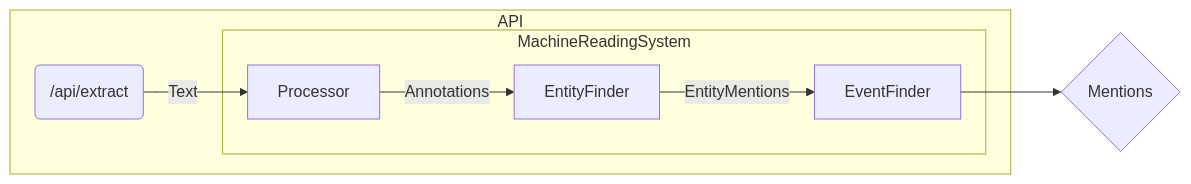
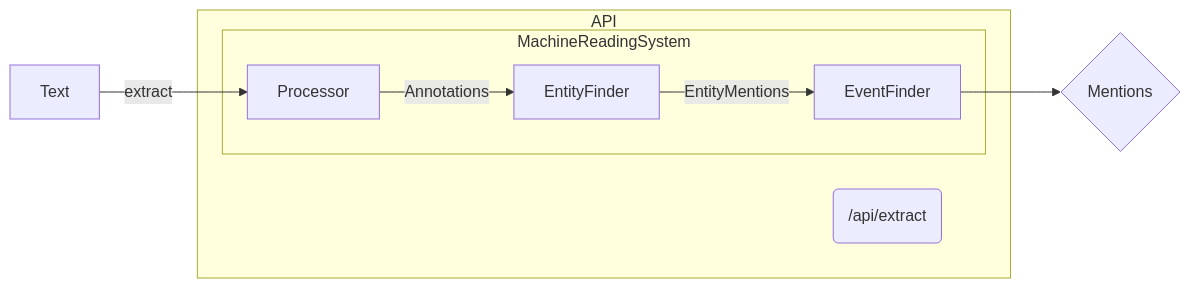
The diagram in docs/dev/howitworks.md (clu-ling/logx-reader), drawn with Mermaid before and after one commit. The commit also changed other lines of this file and 6 other files, not shown here.

````diff
--- a/docs/dev/howitworks.md
+++ b/docs/dev/howitworks.md
@@ -31,16 +31,16 @@
 ```mermaid
 graph LR
     subgraph API
     extract(/api/extract)
         subgraph MachineReadingSystem
         proc[Processor];
         entf[EntityFinder];
         evf[EventFinder];
         end
     end
     mentions{Mentions}
-    extract--Text-->proc;
+    Text--extract-->proc;
     proc--Annotations-->entf;
     entf--EntityMentions-->evf;
     evf-->mentions;
 ```
````
